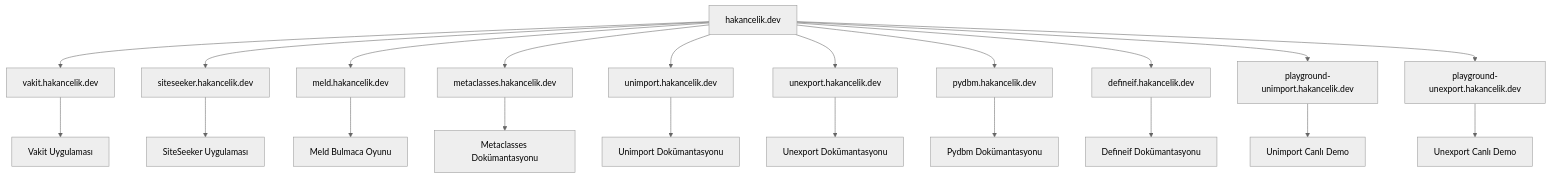
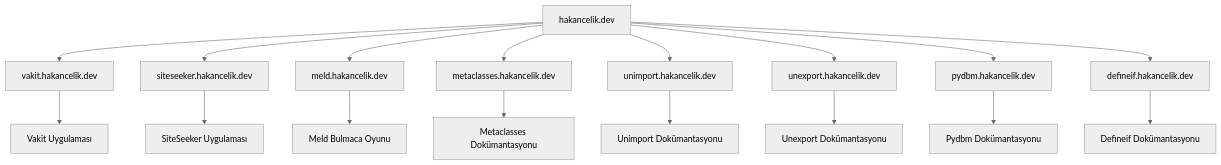
Before and after one commit to hakancelikdev/hakancelikdev.github.io: the diagram in docs/subdomains.md, drawn with Mermaid (neutral theme). The commit also changed other lines of this file and 1 other file, not shown here.

Commit message:
Remove all playground references from homepage and subdomains page

````diff
--- a/docs/subdomains.md
+++ b/docs/subdomains.md
@@ -157,24 +127,20 @@
 ```mermaid
 graph TD
     A[hakancelik.dev] --> B[vakit.hakancelik.dev]
     A --> C[siteseeker.hakancelik.dev]
     A --> K[meld.hakancelik.dev]
     A --> D[metaclasses.hakancelik.dev]
     A --> E[unimport.hakancelik.dev]
     A --> F[unexport.hakancelik.dev]
     A --> G[pydbm.hakancelik.dev]
     A --> H[defineif.hakancelik.dev]
-    A --> I[playground-unimport.hakancelik.dev]
-    A --> J[playground-unexport.hakancelik.dev]
     
     B --> B1[Vakit Uygulaması]
     C --> C1[SiteSeeker Uygulaması]
     K --> K1[Meld Bulmaca Oyunu]
     D --> D1[Metaclasses Dokümantasyonu]
     E --> E1[Unimport Dokümantasyonu]
     F --> F1[Unexport Dokümantasyonu]
     G --> G1[Pydbm Dokümantasyonu]
     H --> H1[Defineif Dokümantasyonu]
-    I --> I1[Unimport Canlı Demo]
-    J --> J1[Unexport Canlı Demo]
 ```
````
